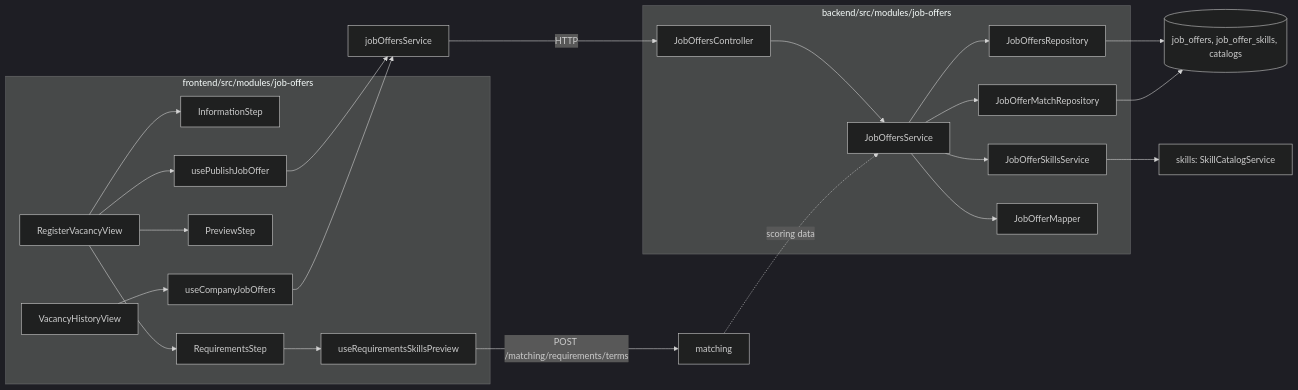
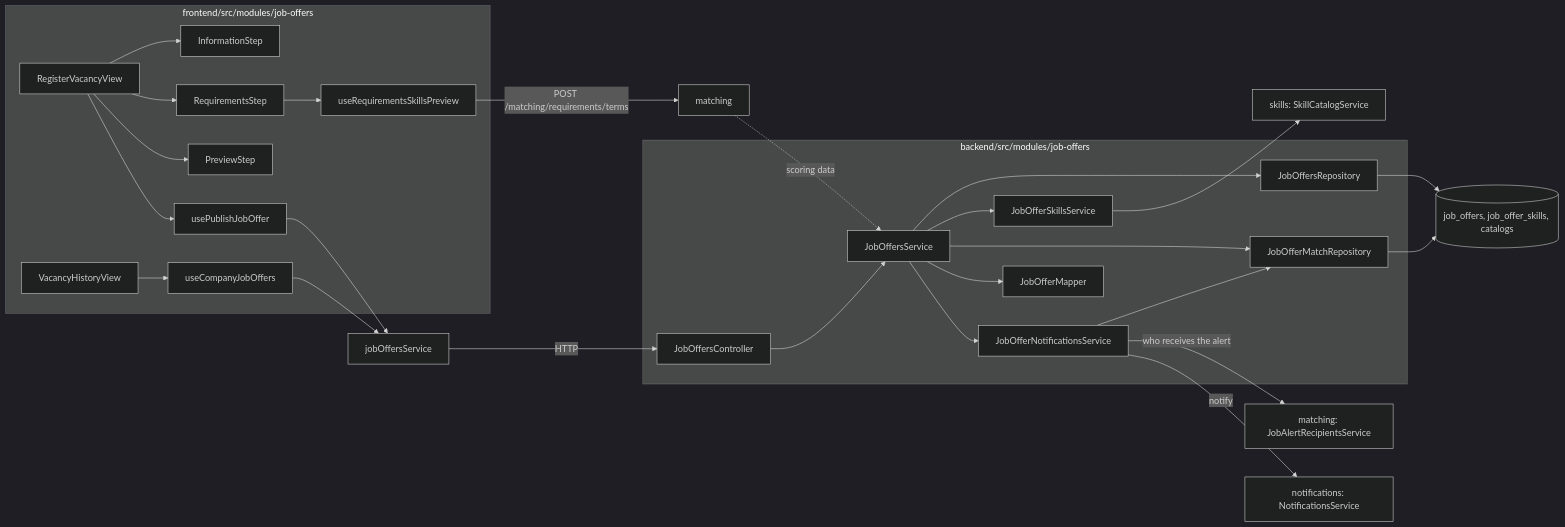
The first of 4 diagrams in docs/job-offers/README.md (NicolasMG-dev/Epic-4---IS), drawn with Mermaid (dark theme) before and after one commit. The commit also changed other lines of this file and 940 other files, not shown here.

````diff
--- a/docs/job-offers/README.md
+++ b/docs/job-offers/README.md
@@ -28,26 +29,30 @@
 ```mermaid
 flowchart LR
   subgraph Frontend["frontend/src/modules/job-offers"]
     RV[RegisterVacancyView] --> IS[InformationStep]
     RV --> RS[RequirementsStep]
     RV --> PS[PreviewStep]
     RS --> RP[useRequirementsSkillsPreview]
     RV --> PU[usePublishJobOffer]
     HV[VacancyHistoryView] --> CJ[useCompanyJobOffers]
   end
   PU --> JS[jobOffersService]
   CJ --> JS
   RP -->|POST /matching/requirements/terms| MT[matching]
   JS -->|HTTP| C[JobOffersController]
   subgraph Backend["backend/src/modules/job-offers"]
     C --> S[JobOffersService]
     S --> R[JobOffersRepository]
     S --> SK[JobOfferSkillsService]
     S --> MR[JobOfferMatchRepository]
     S --> M[JobOfferMapper]
+    S --> JN[JobOfferNotificationsService]
+    JN --> MR
   end
   R --> DB[(job_offers, job_offer_skills, catalogs)]
   MR --> DB
   SK --> CAT[skills: SkillCatalogService]
+  JN -->|who receives the alert| RC[matching: JobAlertRecipientsService]
+  JN -->|notify| NT[notifications: NotificationsService]
   MT -. scoring data .-> S
 ```
````
